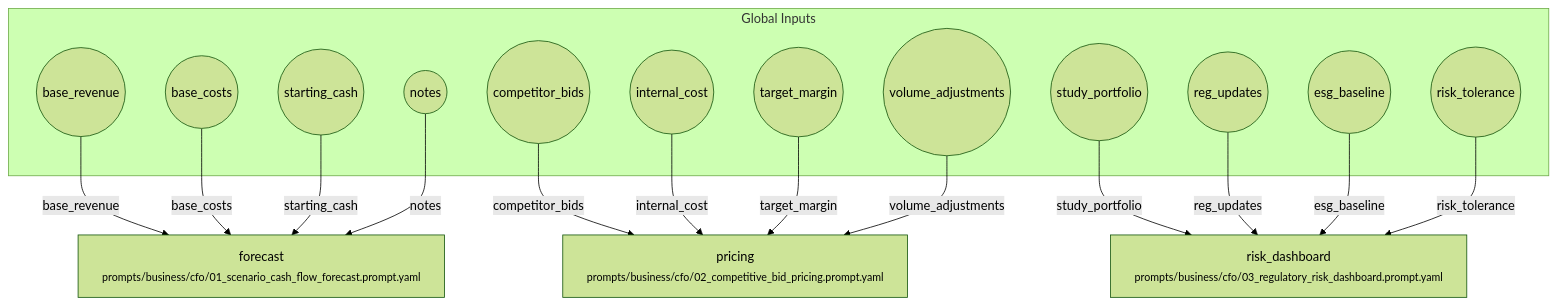
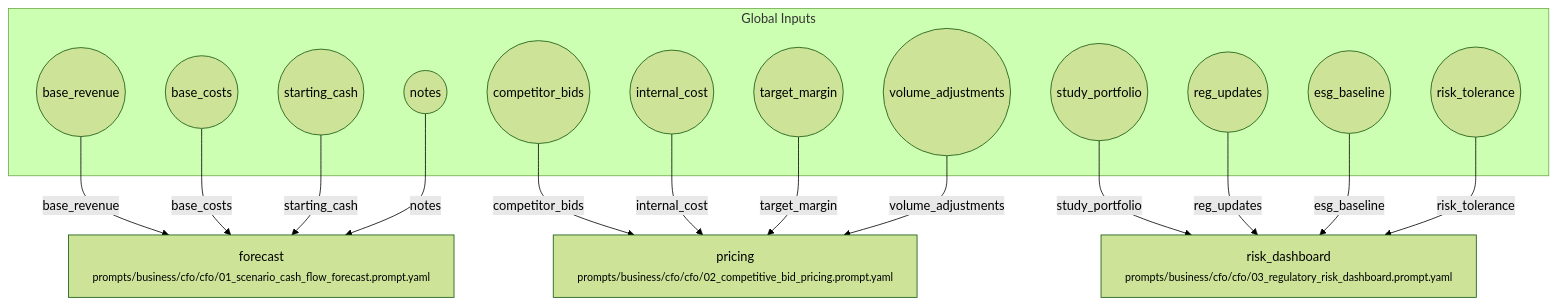
One commit to fderuiter/proompts changed the diagram in workflows/business/cfo.workflow.md. Above: the diagram before and after it, drawn with Mermaid (forest theme). The commit also changed 31 other files, not shown here.

````diff
--- a/workflows/business/cfo.workflow.md
+++ b/workflows/business/cfo.workflow.md
@@ -7,32 +7,32 @@
 ```mermaid
 flowchart TD
     subgraph Inputs [Global Inputs]
         inp_base_revenue((base_revenue))
         inp_base_costs((base_costs))
         inp_starting_cash((starting_cash))
         inp_notes((notes))
         inp_competitor_bids((competitor_bids))
         inp_internal_cost((internal_cost))
         inp_target_margin((target_margin))
         inp_volume_adjustments((volume_adjustments))
         inp_study_portfolio((study_portfolio))
         inp_reg_updates((reg_updates))
         inp_esg_baseline((esg_baseline))
         inp_risk_tolerance((risk_tolerance))
     end
-    forecast["forecast<br/><small>prompts/business/cfo/01_scenario_cash_flow_forecast.prompt.yaml</small>"]
-    pricing["pricing<br/><small>prompts/business/cfo/02_competitive_bid_pricing.prompt.yaml</small>"]
-    risk_dashboard["risk_dashboard<br/><small>prompts/business/cfo/03_regulatory_risk_dashboard.prompt.yaml</small>"]
+    forecast["forecast<br/><small>prompts/business/cfo/cfo/01_scenario_cash_flow_forecast.prompt.yaml</small>"]
+    pricing["pricing<br/><small>prompts/business/cfo/cfo/02_competitive_bid_pricing.prompt.yaml</small>"]
+    risk_dashboard["risk_dashboard<br/><small>prompts/business/cfo/cfo/03_regulatory_risk_dashboard.prompt.yaml</small>"]
     inp_base_revenue -->|base_revenue| forecast
     inp_base_costs -->|base_costs| forecast
     inp_starting_cash -->|starting_cash| forecast
     inp_notes -->|notes| forecast
     inp_competitor_bids -->|competitor_bids| pricing
     inp_internal_cost -->|internal_cost| pricing
     inp_target_margin -->|target_margin| pricing
     inp_volume_adjustments -->|volume_adjustments| pricing
     inp_study_portfolio -->|study_portfolio| risk_dashboard
     inp_reg_updates -->|reg_updates| risk_dashboard
     inp_esg_baseline -->|esg_baseline| risk_dashboard
     inp_risk_tolerance -->|risk_tolerance| risk_dashboard
 ```
````
